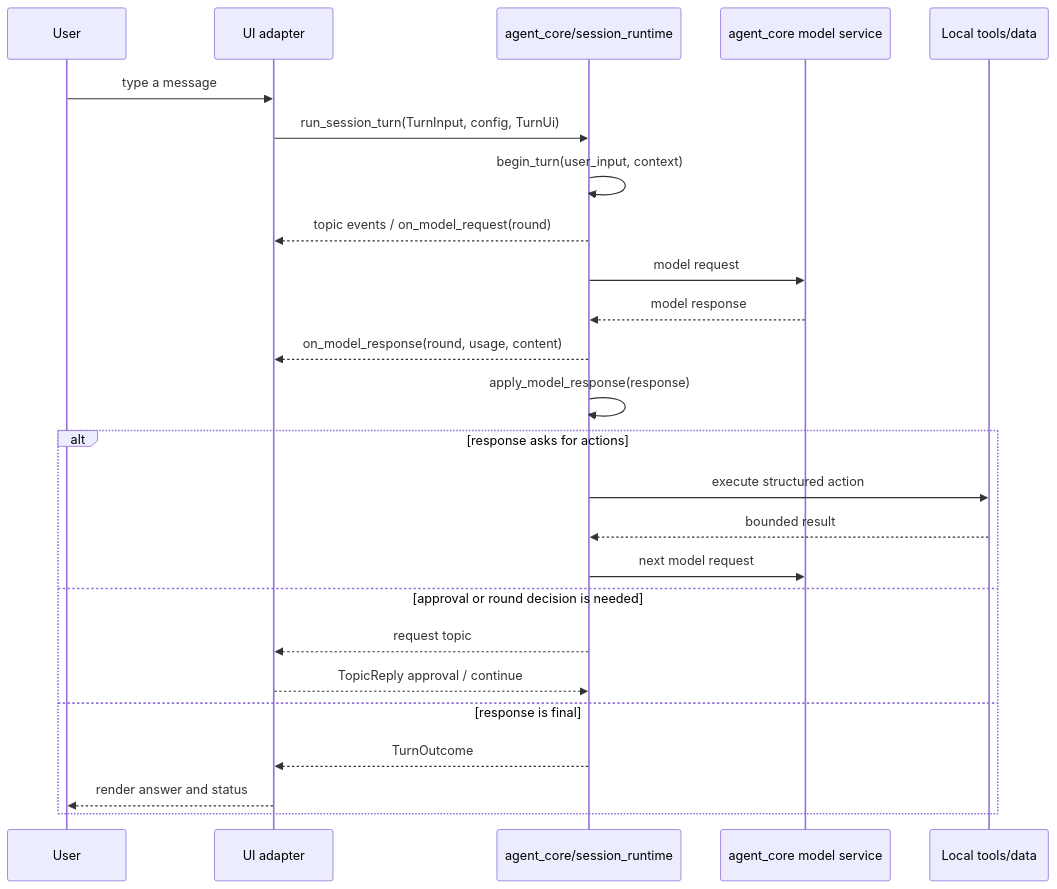
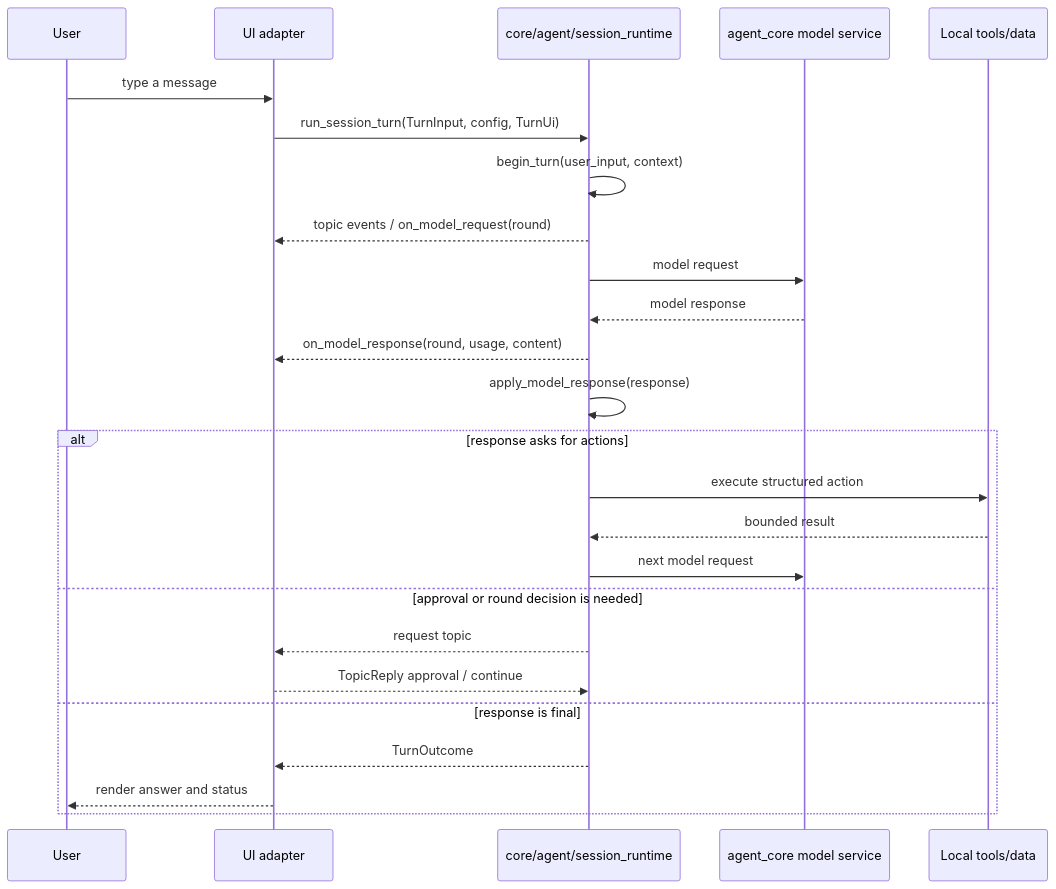
Before and after one commit to moliam/TimemAi: the second of 4 diagrams in docs/architecture.md, drawn with Mermaid. The commit also changed other lines of this file and 121 other files, not shown here.

Commit message:
refactor: relocate agent core under semantic root

````diff
--- a/docs/architecture.md
+++ b/docs/architecture.md
@@ -653,28 +653,28 @@
 ```mermaid
 sequenceDiagram
     participant U as User
     participant UI as UI adapter
-    participant C as agent_core/session_runtime
+    participant C as core/agent/session_runtime
     participant P as agent_core model service
     participant T as Local tools/data
 
     U->>UI: type a message
     UI->>C: run_session_turn(TurnInput, config, TurnUi)
     C->>C: begin_turn(user_input, context)
     C-->>UI: topic events / on_model_request(round)
     C->>P: model request
     P-->>C: model response
     C-->>UI: on_model_response(round, usage, content)
     C->>C: apply_model_response(response)
     alt response asks for actions
         C->>T: execute structured action
         T-->>C: bounded result
         C->>P: next model request
     else approval or round decision is needed
         C-->>UI: request topic
         UI-->>C: TopicReply approval / continue
     else response is final
         C-->>UI: TurnOutcome
         UI-->>U: render answer and status
     end
 ```
````
